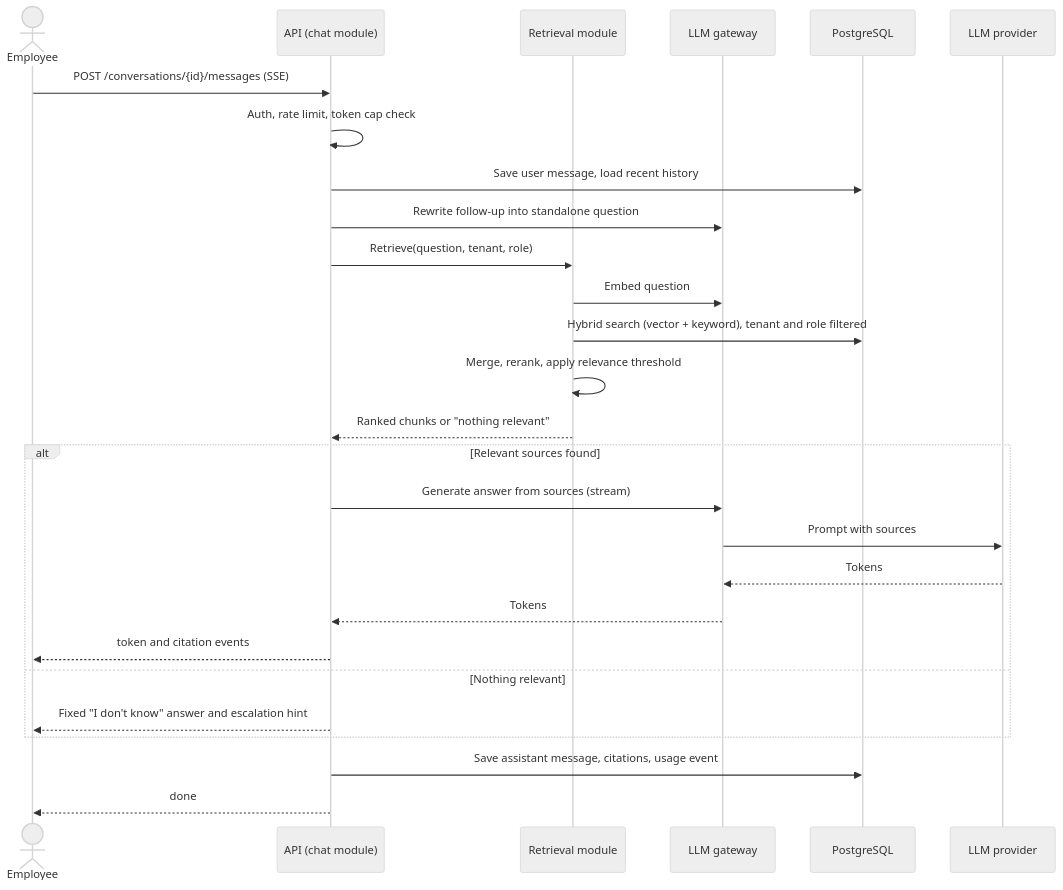
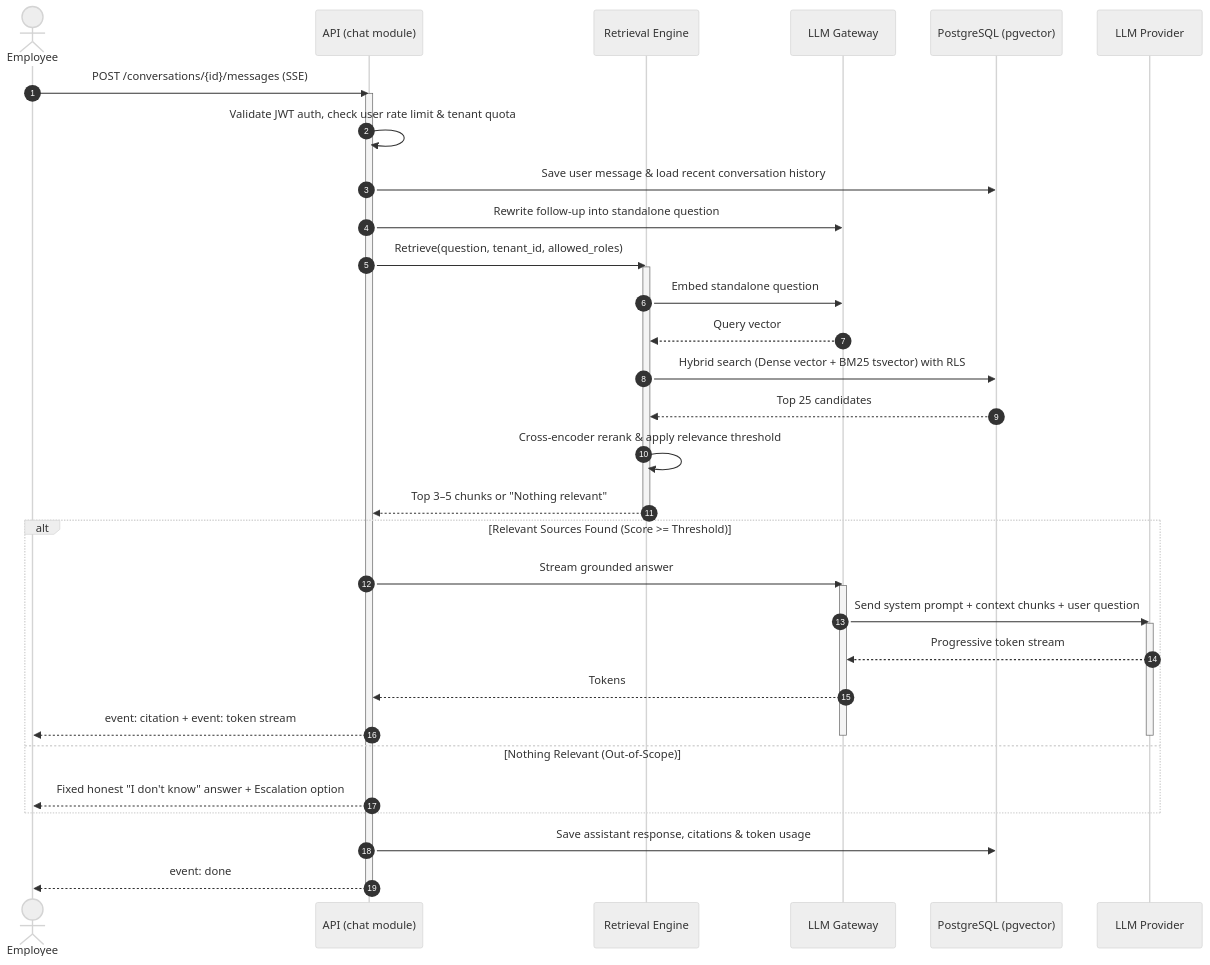
Before and after one commit to awoladhossain/OpsPilot: the third of 5 diagrams in docs/System Design/09-key-flows.md, drawn with Mermaid (neutral theme). The commit also changed other lines of this file, not shown here.

Commit message:
docs(flows): add master orchestration map and enhance sequence diagrams with activation blocks in key flows doc

````diff
--- a/docs/System Design/09-key-flows.md
+++ b/docs/System Design/09-key-flows.md
@@ -48,30 +94,44 @@
 ```mermaid
 sequenceDiagram
-  actor Emp as Employee
-  participant API as API (chat module)
-  participant R as Retrieval module
-  participant G as LLM gateway
-  participant DB as PostgreSQL
-  participant P as LLM provider
+    autonumber
+    actor Emp as Employee
+    participant API as API (chat module)
+    participant R as Retrieval Engine
+    participant G as LLM Gateway
+    participant DB as PostgreSQL (pgvector)
+    participant P as LLM Provider
 
-  Emp->>API: POST /conversations/{id}/messages (SSE)
-  API->>API: Auth, rate limit, token cap check
-  API->>DB: Save user message, load recent history
-  API->>G: Rewrite follow-up into standalone question
-  API->>R: Retrieve(question, tenant, role)
-  R->>G: Embed question
-  R->>DB: Hybrid search (vector + keyword), tenant and role filtered
-  R->>R: Merge, rerank, apply relevance threshold
-  R-->>API: Ranked chunks or "nothing relevant"
-  alt Relevant sources found
-    API->>G: Generate answer from sources (stream)
-    G->>P: Prompt with sources
-    P-->>G: Tokens
-    G-->>API: Tokens
-    API-->>Emp: token and citation events
-  else Nothing relevant
-    API-->>Emp: Fixed "I don't know" answer and escalation hint
-  end
-  API->>DB: Save assistant message, citations, usage event
-  API-->>Emp: done
+    Emp->>API: POST /conversations/{id}/messages (SSE)
+    activate API
+    API->>API: Validate JWT auth, check user rate limit & tenant quota
+    API->>DB: Save user message & load recent conversation history
+    API->>G: Rewrite follow-up into standalone question
+    API->>R: Retrieve(question, tenant_id, allowed_roles)
+    
+    activate R
+    R->>G: Embed standalone question
+    G-->>R: Query vector
+    R->>DB: Hybrid search (Dense vector + BM25 tsvector) with RLS
+    DB-->>R: Top 25 candidates
+    R->>R: Cross-encoder rerank & apply relevance threshold
+    R-->>API: Top 3–5 chunks or "Nothing relevant"
+    deactivate R
+
+    alt Relevant Sources Found (Score >= Threshold)
+        API->>G: Stream grounded answer
+        activate G
+        G->>P: Send system prompt + context chunks + user question
+        activate P
+        P-->>G: Progressive token stream
+        G-->>API: Tokens
+        API-->>Emp: event: citation + event: token stream
+        deactivate P
+        deactivate G
+    else Nothing Relevant (Out-of-Scope)
+        API-->>Emp: Fixed honest "I don't know" answer + Escalation option
+    end
+
+    API->>DB: Save assistant response, citations & token usage
+    API-->>Emp: event: done
+    deactivate API
 ```
````
